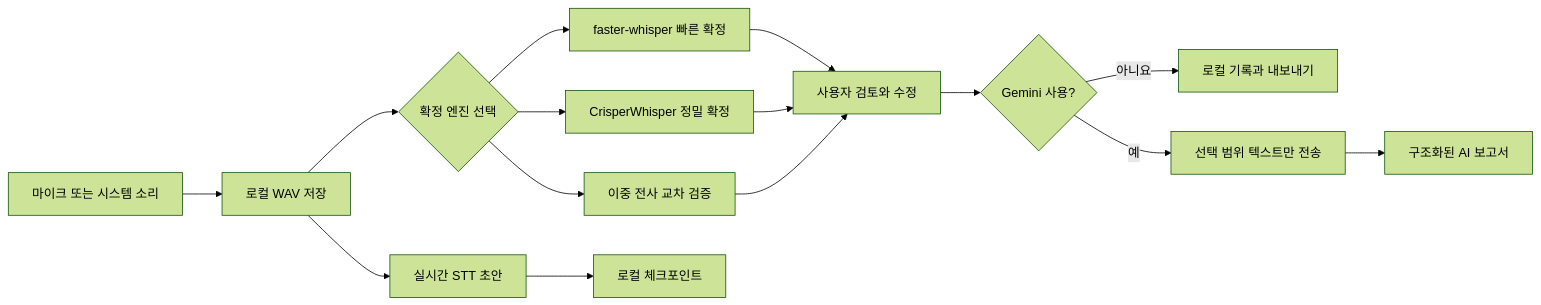
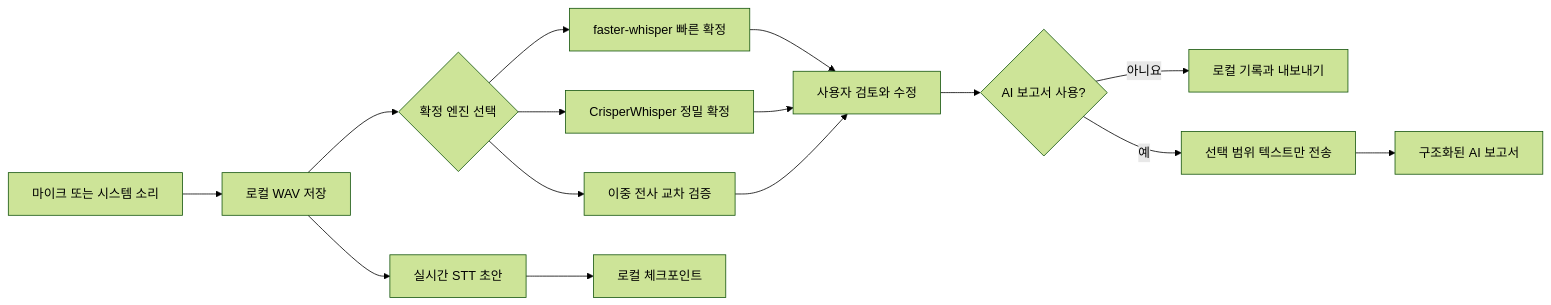
Before and after one commit to ko9ma7/MeetingFlow: the diagram in README.md, drawn with Mermaid (forest theme). The commit also changed other lines of this file and 15 other files, not shown here.

````diff
--- a/README.md
+++ b/README.md
@@ -41,17 +42,17 @@
 ```mermaid
 flowchart LR
     A[마이크 또는 시스템 소리] --> B[로컬 WAV 저장]
     B --> C[실시간 STT 초안]
     B --> D{확정 엔진 선택}
     D --> K[faster-whisper 빠른 확정]
     D --> L[CrisperWhisper 정밀 확정]
     D --> M[이중 전사 교차 검증]
     C --> E[로컬 체크포인트]
     K --> F[사용자 검토와 수정]
     L --> F
     M --> F
-    F --> G{Gemini 사용?}
+    F --> G{AI 보고서 사용?}
     G -- 아니요 --> H[로컬 기록과 내보내기]
     G -- 예 --> I[선택 범위 텍스트만 전송]
     I --> J[구조화된 AI 보고서]
 ```
````
